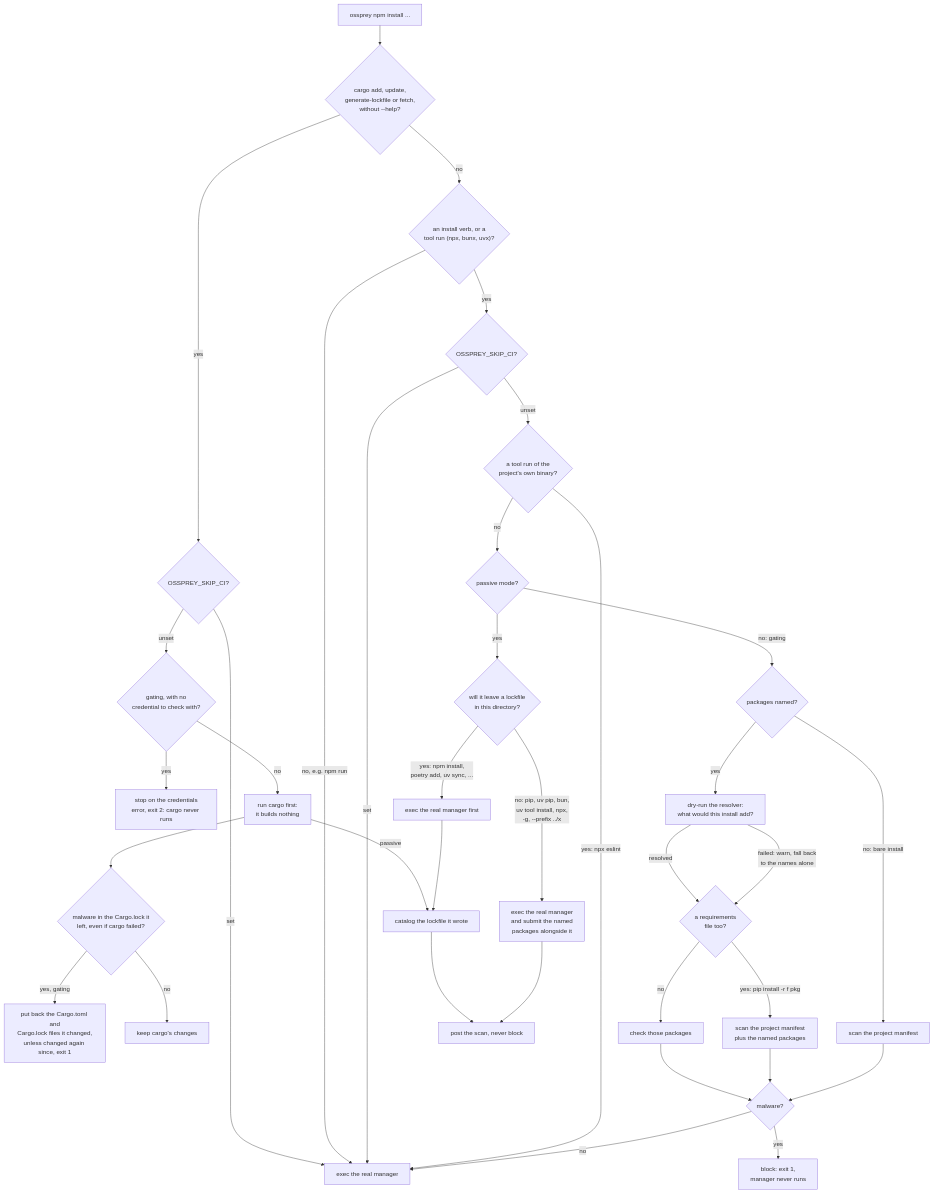
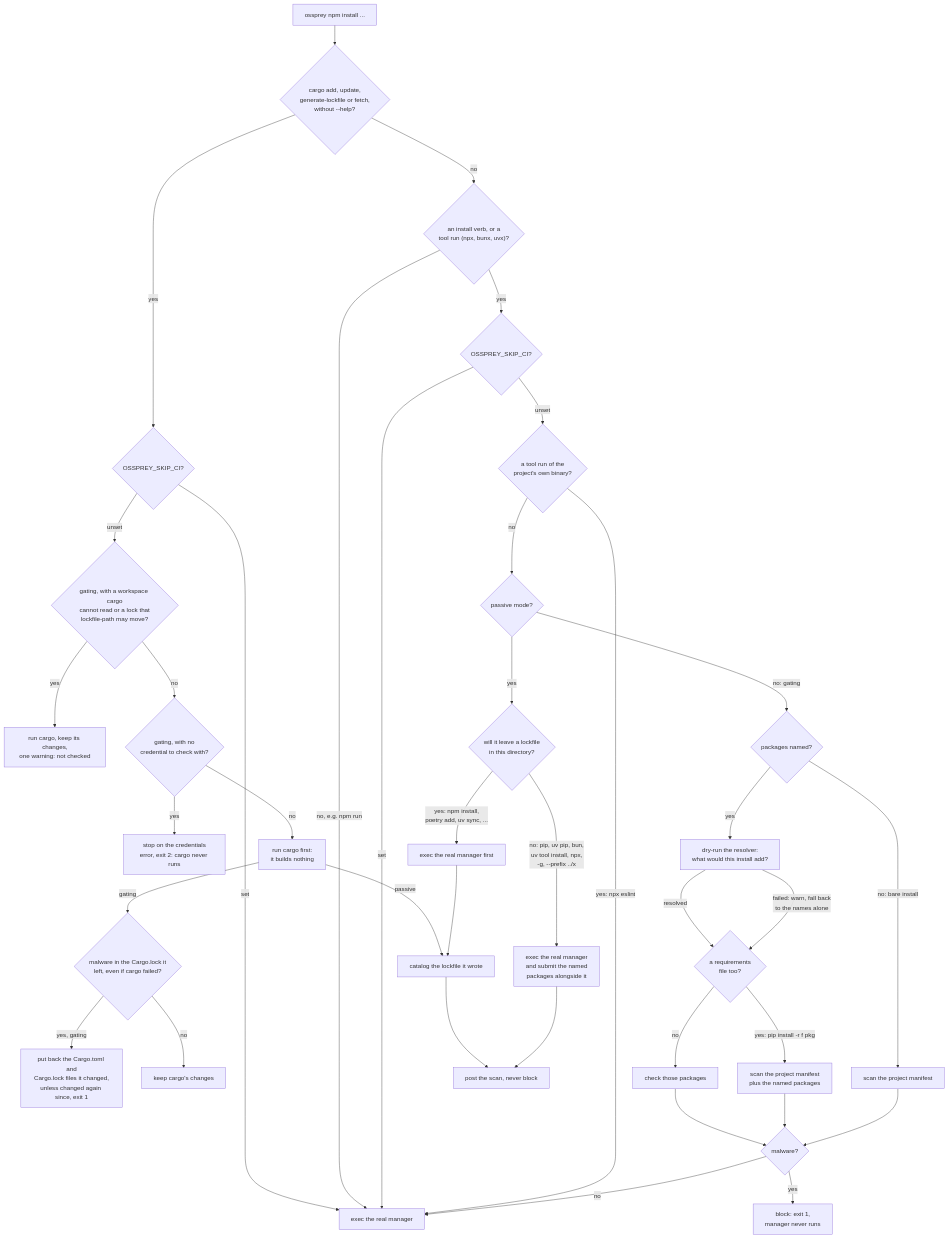
The second of 3 diagrams in docs/architecture.md (ossprey/ossprey-cli), drawn with Mermaid before and after one commit. The commit also changed 2 other files, not shown here.

Commit message:
docs: qualify the cargo restore, exit code and --version statements, and show the unchecked path (OSS-2553)

````diff
--- a/docs/architecture.md
+++ b/docs/architecture.md
@@ -49,40 +49,42 @@
 ```mermaid
 flowchart TD
     S["ossprey npm install ..."] --> CA{"cargo add, update,<br/>generate-lockfile or fetch,<br/>without --help?"}
     CA -- "yes" --> CV{"OSSPREY_SKIP_CI?"}
     CV -- "set" --> U
-    CV -- "unset" --> CK{"gating, with no<br/>credential to check with?"}
+    CV -- "unset" --> CW{"gating, with a workspace cargo<br/>cannot read or a lock that<br/>lockfile-path may move?"}
+    CW -- "yes" --> CN["run cargo, keep its changes,<br/>one warning: not checked"]
+    CW -- "no" --> CK{"gating, with no<br/>credential to check with?"}
     CK -- "yes" --> CX["stop on the credentials<br/>error, exit 2: cargo never runs"]
     CK -- "no" --> CB["run cargo first:<br/>it builds nothing"]
-    CB --> CC{"malware in the Cargo.lock it<br/>left, even if cargo failed?"}
+    CB -- "gating" --> CC{"malware in the Cargo.lock it<br/>left, even if cargo failed?"}
     CC -- "yes, gating" --> CD["put back the Cargo.toml and<br/>Cargo.lock files it changed,<br/>unless changed again since, exit 1"]
     CC -- "no" --> CE["keep cargo's changes"]
     CB -- "passive" --> AE
     CA -- "no" --> T{"an install verb, or a<br/>tool run (npx, bunx, uvx)?"}
     T -- "no, e.g. npm run" --> U["exec the real manager"]
     T -- "yes" --> V{"OSSPREY_SKIP_CI?"}
     V -- "set" --> U
     V -- "unset" --> L{"a tool run of the<br/>project's own binary?"}
     L -- "yes: npx eslint" --> U
     L -- "no" --> W{"passive mode?"}
 
     W -- "no: gating" --> X{"packages named?"}
     X -- "yes" --> E["dry-run the resolver:<br/>what would this install add?"]
     E -- "resolved" --> R{"a requirements<br/>file too?"}
     E -- "failed: warn, fall back<br/>to the names alone" --> R
     R -- "no" --> Y["check those packages"]
     R -- "yes: pip install -r f pkg" --> RZ["scan the project manifest<br/>plus the named packages"]
     X -- "no: bare install" --> Z["scan the project manifest"]
     Y --> AA{"malware?"}
     RZ --> AA
     Z --> AA
     AA -- "yes" --> AB["block: exit 1,<br/>manager never runs"]
     AA -- "no" --> U
 
     W -- "yes" --> AC{"will it leave a lockfile<br/>in this directory?"}
     AC -- "yes: npm install,<br/>poetry add, uv sync, ..." --> AD["exec the real manager first"]
     AD --> AE["catalog the lockfile it wrote"]
     AE --> AF["post the scan, never block"]
     AC -- "no: pip, uv pip, bun,<br/>uv tool install, npx,<br/>-g, --prefix ../x" --> AG["exec the real manager<br/>and submit the named<br/>packages alongside it"]
     AG --> AF
 ```
````
